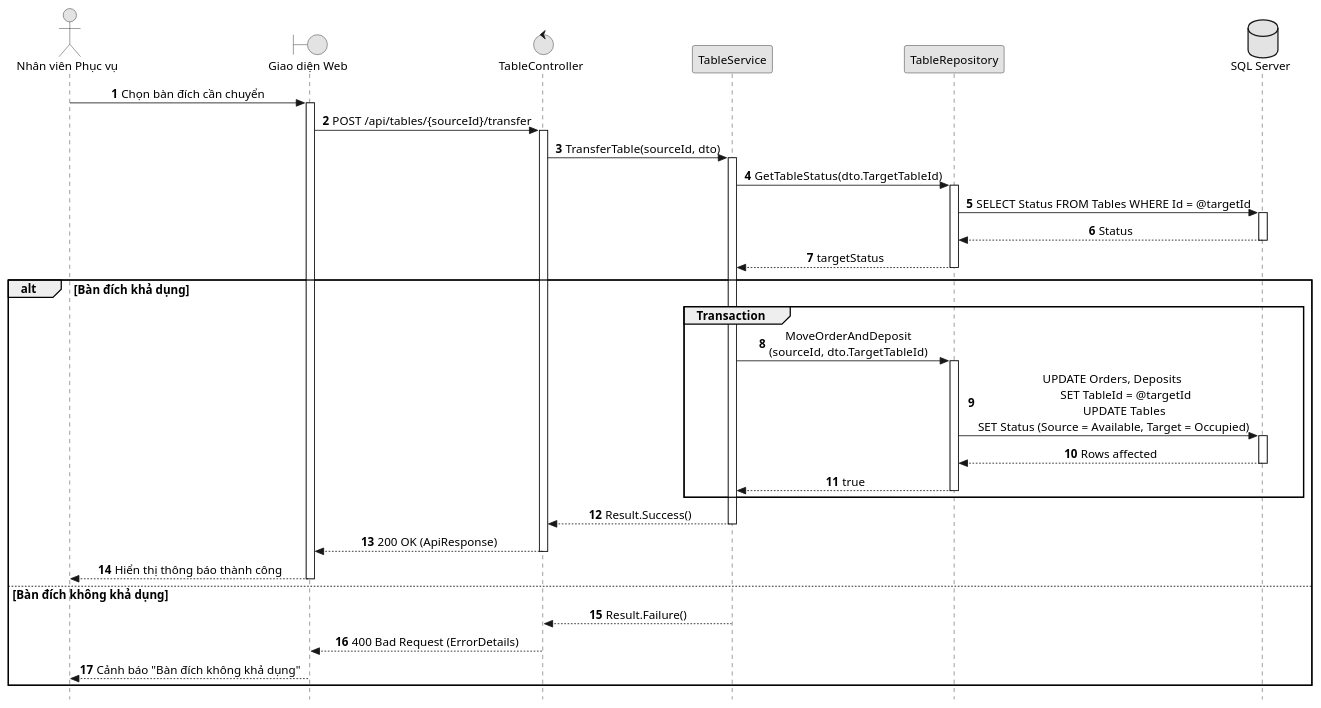
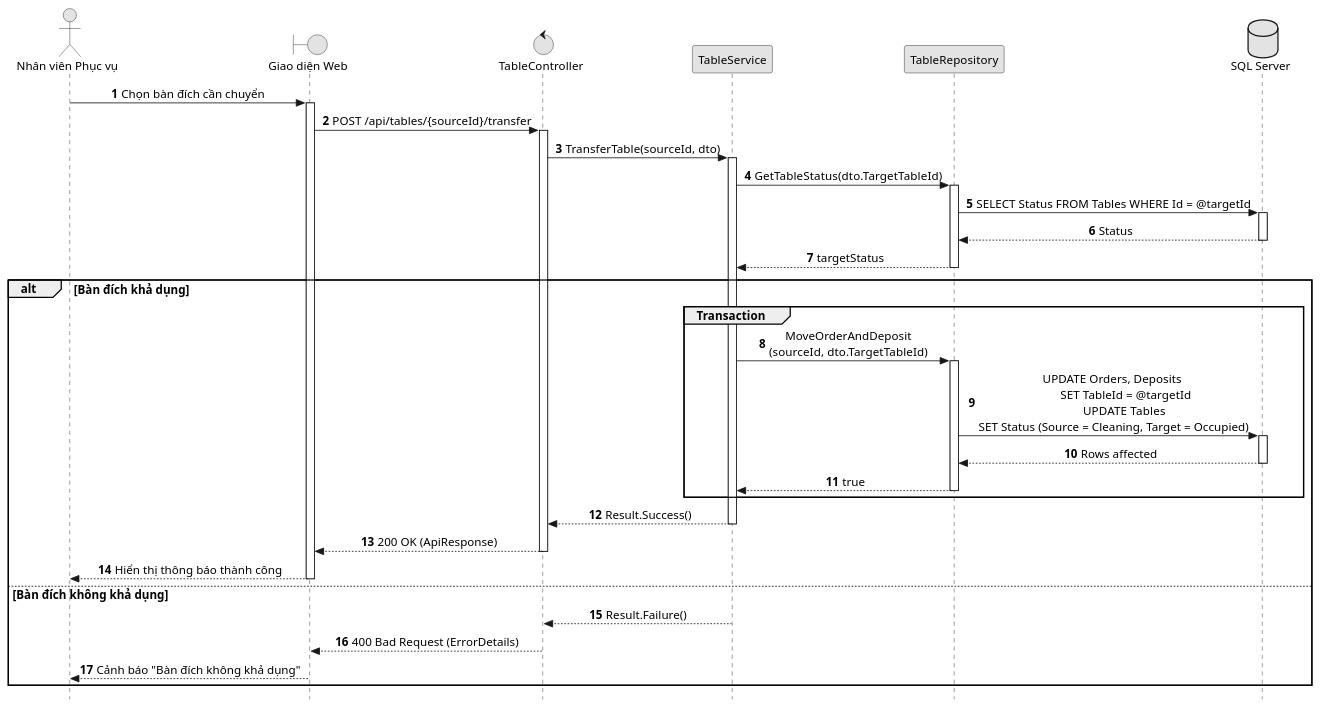
The diagram in docs/Diagram/puml/sequences/SD_UC_E4_1_Transfer_Table.puml (AndrewQng/VinDining), drawn with PlantUML before and after one commit. The commit also changed 273 other files, not shown here.

```diff
--- a/docs/Diagram/puml/sequences/SD_UC_E4_1_Transfer_Table.puml
+++ b/docs/Diagram/puml/sequences/SD_UC_E4_1_Transfer_Table.puml
@@ -1,45 +1,45 @@
 @startuml SD_UC_E4_1_Transfer_Table
 autonumber
 skinparam style strictuml
 skinparam monochrome true
 skinparam shadowing false
 skinparam sequenceMessageAlign center
 skinparam responseMessageBelowArrow true
 skinparam defaultFontName "Segoe UI", Arial, sans-serif
 skinparam defaultFontSize 14
 
 autoactivate on
 
 actor "Nhân viên Phục vụ" as Waitstaff
 boundary "Giao diện Web" as UI
 control "TableController" as Controller
 participant "TableService" as Service
 participant "TableRepository" as Repo
 database "SQL Server" as DB
 
 Waitstaff -> UI: Chọn bàn đích cần chuyển
 UI -> Controller: POST /api/tables/{sourceId}/transfer
 Controller -> Service: TransferTable(sourceId, dto)
 
 Service -> Repo: GetTableStatus(dto.TargetTableId)
 Repo -> DB: SELECT Status FROM Tables WHERE Id = @targetId
 DB --> Repo: Status
 Repo --> Service: targetStatus
 
 alt Bàn đích khả dụng 
     group Transaction 
         Service -> Repo: MoveOrderAndDeposit\n(sourceId, dto.TargetTableId)
-        Repo -> DB: UPDATE Orders, Deposits \n        SET TableId = @targetId\n        UPDATE Tables \nSET Status (Source = Available, Target = Occupied)
+        Repo -> DB: UPDATE Orders, Deposits \n        SET TableId = @targetId\n        UPDATE Tables \nSET Status (Source = Cleaning, Target = Occupied)
         DB --> Repo: Rows affected
         Repo --> Service: true
     end
     Service --> Controller: Result.Success()
     Controller --> UI: 200 OK (ApiResponse)
     UI --> Waitstaff: Hiển thị thông báo thành công
 else Bàn đích không khả dụng
     Service --> Controller: Result.Failure()
     Controller --> UI: 400 Bad Request (ErrorDetails)
     UI --> Waitstaff: Cảnh báo "Bàn đích không khả dụng"
 end
 
 @enduml
```
